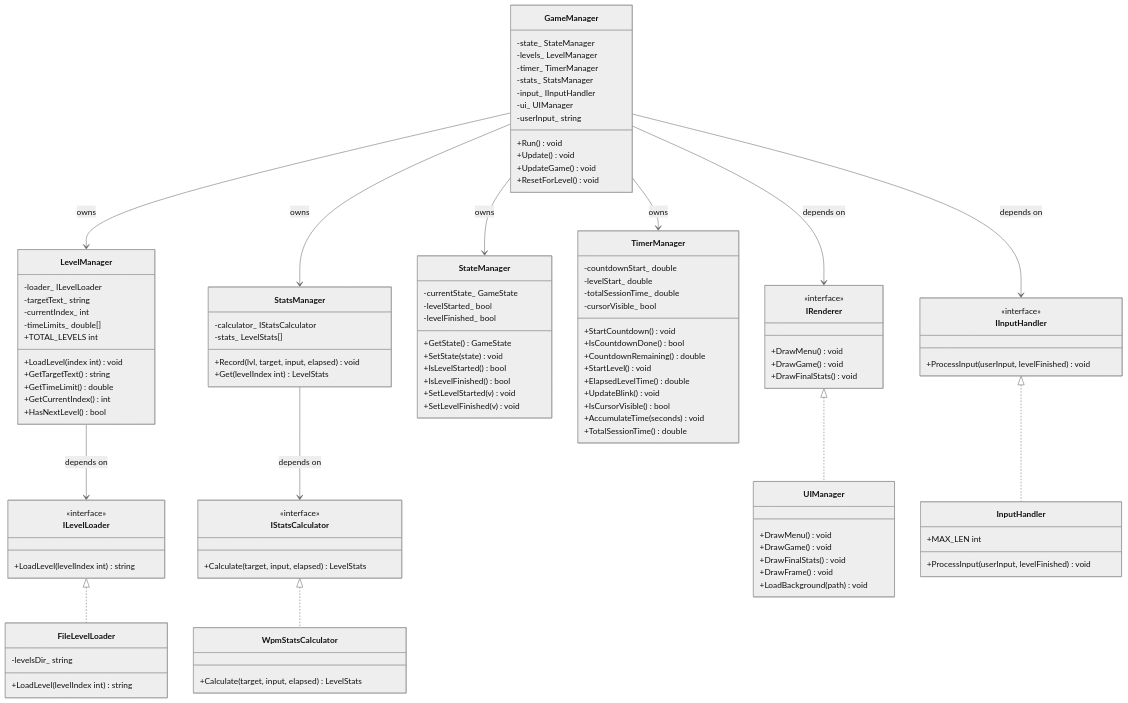
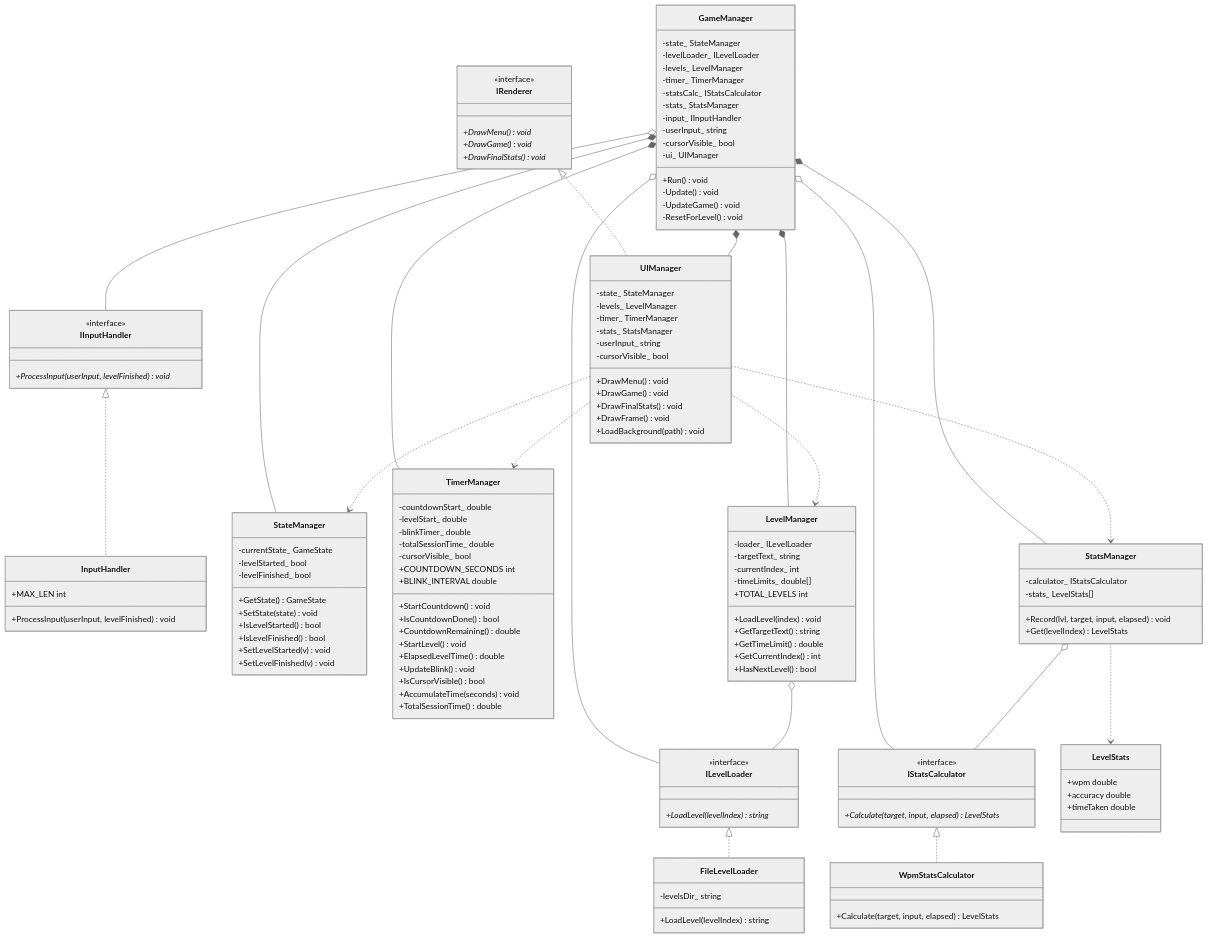
Before and after one commit to Ornob566/Typing-master: the diagram in New Project/readme.md, drawn with Mermaid (neutral theme). The commit also changed other lines of this file, not shown here.

````diff
--- a/New Project/readme.md
+++ b/New Project/readme.md
@@ -122,49 +602,77 @@
 ```mermaid
 classDiagram
+    direction TB
+ 
+    %% ── Interfaces ──────────────────────────────────────────────────────────
     class IRenderer {
         <<interface>>
-        +DrawMenu() void
-        +DrawGame() void
-        +DrawFinalStats() void
+        +DrawMenu() void*
+        +DrawGame() void*
+        +DrawFinalStats() void*
     }
-
+ 
     class IInputHandler {
         <<interface>>
-        +ProcessInput(userInput, levelFinished) void
+        +ProcessInput(userInput, levelFinished) void*
     }
-
+ 
     class ILevelLoader {
         <<interface>>
-        +LoadLevel(levelIndex int) string
+        +LoadLevel(levelIndex) string*
     }
-
+ 
     class IStatsCalculator {
         <<interface>>
-        +Calculate(target, input, elapsed) LevelStats
+        +Calculate(target, input, elapsed) LevelStats*
     }
-
+ 
+    %% ── Concrete Implementations ────────────────────────────────────────────
     class UIManager {
+        -state_ StateManager
+        -levels_ LevelManager
+        -timer_ TimerManager
+        -stats_ StatsManager
+        -userInput_ string
+        -cursorVisible_ bool
         +DrawMenu() void
         +DrawGame() void
         +DrawFinalStats() void
         +DrawFrame() void
         +LoadBackground(path) void
     }
-
+ 
     class InputHandler {
         +MAX_LEN int
         +ProcessInput(userInput, levelFinished) void
     }
-
+ 
     class FileLevelLoader {
         -levelsDir_ string
-        +LoadLevel(levelIndex int) string
+        +LoadLevel(levelIndex) string
     }
-
+ 
     class WpmStatsCalculator {
         +Calculate(target, input, elapsed) LevelStats
     }
-
+ 
+    %% ── Manager Classes ─────────────────────────────────────────────────────
+    class GameManager {
+        -state_ StateManager
+        -levelLoader_ ILevelLoader
+        -levels_ LevelManager
+        -timer_ TimerManager
+        -statsCalc_ IStatsCalculator
+        -stats_ StatsManager
+        -input_ IInputHandler
+        -userInput_ string
+        -cursorVisible_ bool
+        -ui_ UIManager
+        +Run() void
+        -Update() void
+        -UpdateGame() void
+        -ResetForLevel() void
+    }
+ 
     class StateManager {
         -currentState_ GameState
         -levelStarted_ bool
@@ -176,12 +684,15 @@
         +SetLevelStarted(v) void
         +SetLevelFinished(v) void
     }
-
+ 
     class TimerManager {
         -countdownStart_ double
         -levelStart_ double
+        -blinkTimer_ double
         -totalSessionTime_ double
         -cursorVisible_ bool
+        +COUNTDOWN_SECONDS int
+        +BLINK_INTERVAL double
         +StartCountdown() void
         +IsCountdownDone() bool
         +CountdownRemaining() double
@@ -192,53 +703,56 @@
         +AccumulateTime(seconds) void
         +TotalSessionTime() double
     }
-
+ 
     class LevelManager {
         -loader_ ILevelLoader
         -targetText_ string
         -currentIndex_ int
         -timeLimits_ double[]
         +TOTAL_LEVELS int
-        +LoadLevel(index int) void
+        +LoadLevel(index) void
         +GetTargetText() string
         +GetTimeLimit() double
         +GetCurrentIndex() int
         +HasNextLevel() bool
     }
-
+ 
     class StatsManager {
         -calculator_ IStatsCalculator
         -stats_ LevelStats[]
         +Record(lvl, target, input, elapsed) void
-        +Get(levelIndex int) LevelStats
+        +Get(levelIndex) LevelStats
     }
-
-    class GameManager {
-        -state_ StateManager
-        -levels_ LevelManager
-        -timer_ TimerManager
-        -stats_ StatsManager
-        -input_ IInputHandler
-        -ui_ UIManager
-        -userInput_ string
-        +Run() void
-        +Update() void
-        +UpdateGame() void
-        +ResetForLevel() void
+ 
+    %% ── Struct ───────────────────────────────────────────────────────────────
+    class LevelStats {
+        +wpm double
+        +accuracy double
+        +timeTaken double
     }
-
-    IRenderer <|.. UIManager
-    IInputHandler <|.. InputHandler
-    ILevelLoader <|.. FileLevelLoader
+ 
+    %% ── Inheritance (implements) ─────────────────────────────────────────────
+    IRenderer        <|.. UIManager
+    IInputHandler    <|.. InputHandler
+    ILevelLoader     <|.. FileLevelLoader
     IStatsCalculator <|.. WpmStatsCalculator
-
-    GameManager --> StateManager : owns
-    GameManager --> TimerManager : owns
-    GameManager --> LevelManager : owns
-    GameManager --> StatsManager : owns
-    GameManager --> IInputHandler : depends on
-    GameManager --> IRenderer : depends on
-
-    LevelManager --> ILevelLoader : depends on
-    StatsManager --> IStatsCalculator : depends on
+ 
+    %% ── Composition / Dependencies ───────────────────────────────────────────
+    GameManager *-- StateManager
+    GameManager *-- TimerManager
+    GameManager *-- LevelManager
+    GameManager *-- StatsManager
+    GameManager o-- ILevelLoader
+    GameManager o-- IStatsCalculator
+    GameManager o-- IInputHandler
+    GameManager *-- UIManager
+ 
+    LevelManager o-- ILevelLoader
+    StatsManager o-- IStatsCalculator
+    StatsManager ..> LevelStats
+ 
+    UIManager ..> StateManager
+    UIManager ..> LevelManager
+    UIManager ..> TimerManager
+    UIManager ..> StatsManager
 ```
````
